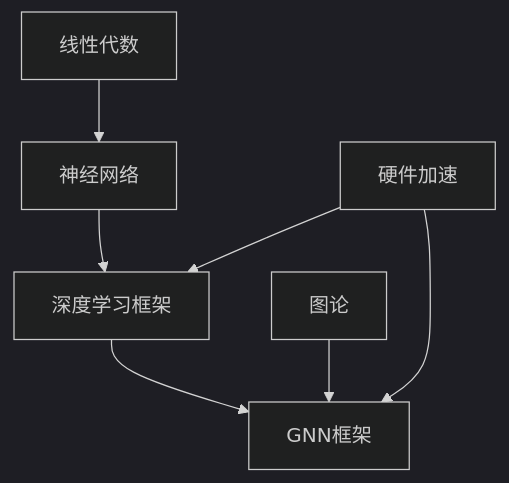
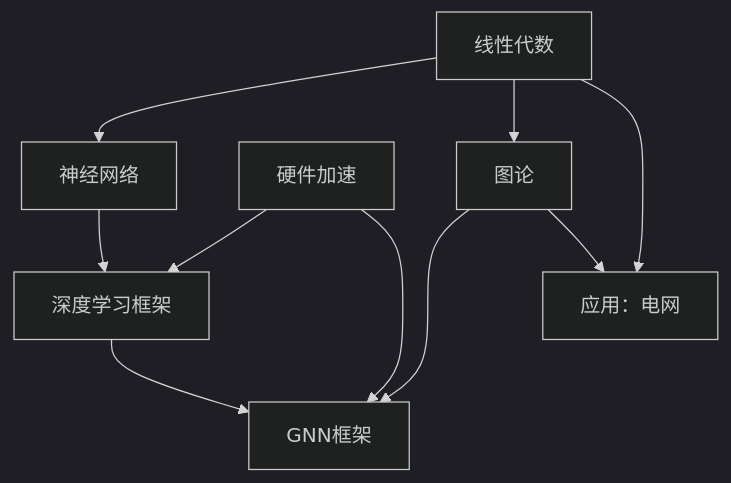
Before and after one commit to funny-Mr-zhi/GNN_playground: the first of 3 diagrams in Knowledge_base.md, drawn with Mermaid (dark theme). The commit also changed other lines of this file and 1 other file, not shown here.

````diff
--- a/Knowledge_base.md
+++ b/Knowledge_base.md
@@ -4,15 +4,19 @@
 ```mermaid
 flowchart TB;
 A[线性代数];
 B[神经网络];
 C[深度学习框架];
 D[硬件加速];
 E[图论];
 F[GNN框架];
+G[应用：电网];
 A-->B;
 B-->C
 D-->C
 D-->F
 E-->F
 C-->F
+A-->E
+A-->G
+E-->G
 ```
````
